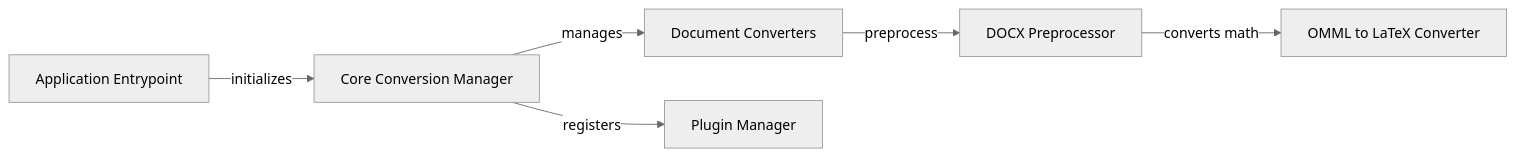
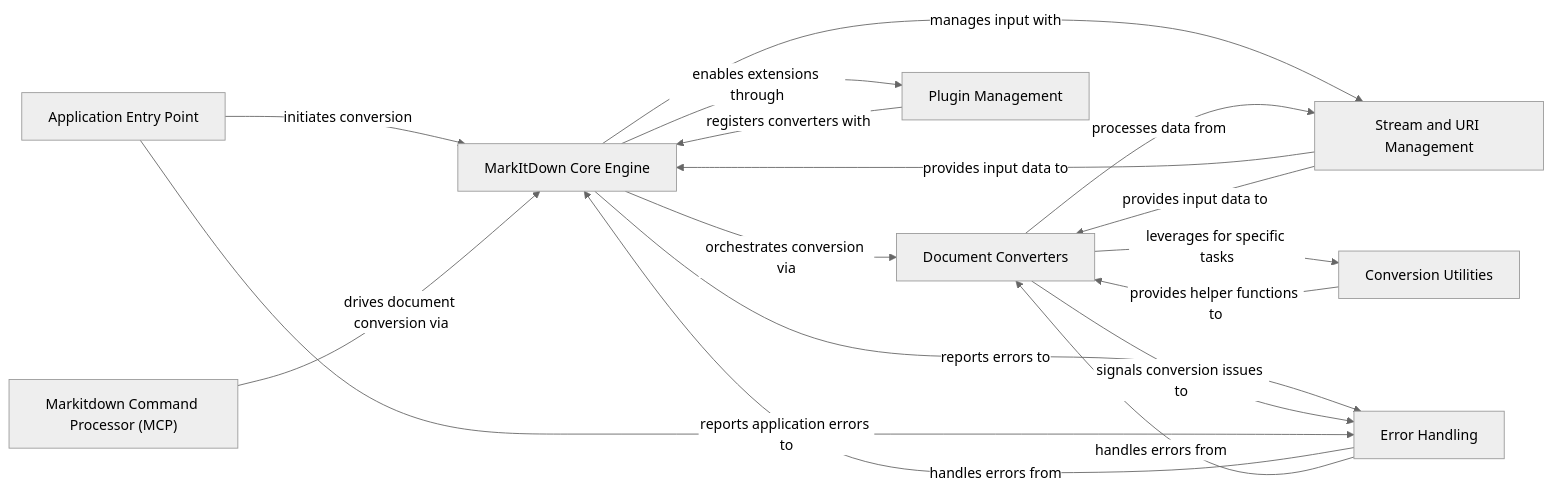
Before and after one commit to CodeBoarding/GeneratedOnBoardings: the diagram in markitdown/on_boarding.md, drawn with Mermaid (neutral theme). The commit also changed other lines of this file and 13 other files, not shown here.

````diff
--- a/markitdown/on_boarding.md
+++ b/markitdown/on_boarding.md
@@ -1,20 +1,35 @@
 ```mermaid
 graph LR
-    Core_Conversion_Manager["Core Conversion Manager"]
+    MarkItDown_Core_Engine["MarkItDown Core Engine"]
     Document_Converters["Document Converters"]
-    DOCX_Preprocessor["DOCX Preprocessor"]
-    OMML_to_LaTeX_Converter["OMML to LaTeX Converter"]
-    Plugin_Manager["Plugin Manager"]
-    Application_Entrypoint["Application Entrypoint"]
-    Core_Conversion_Manager -- "manages" --> Document_Converters
-    Document_Converters -- "preprocess" --> DOCX_Preprocessor
-    DOCX_Preprocessor -- "converts math" --> OMML_to_LaTeX_Converter
-    Core_Conversion_Manager -- "registers" --> Plugin_Manager
-    Application_Entrypoint -- "initializes" --> Core_Conversion_Manager
-    click Core_Conversion_Manager href "https://github.com/CodeBoarding/GeneratedOnBoardings/blob/main/markitdown/Core Conversion Manager.md" "Details"
+    Stream_and_URI_Management["Stream and URI Management"]
+    Conversion_Utilities["Conversion Utilities"]
+    Error_Handling["Error Handling"]
+    Application_Entry_Point["Application Entry Point"]
+    Plugin_Management["Plugin Management"]
+    Markitdown_Command_Processor_MCP_["Markitdown Command Processor (MCP)"]
+    MarkItDown_Core_Engine -- "orchestrates conversion via" --> Document_Converters
+    MarkItDown_Core_Engine -- "manages input with" --> Stream_and_URI_Management
+    MarkItDown_Core_Engine -- "reports errors to" --> Error_Handling
+    MarkItDown_Core_Engine -- "enables extensions through" --> Plugin_Management
+    Document_Converters -- "processes data from" --> Stream_and_URI_Management
+    Document_Converters -- "leverages for specific tasks" --> Conversion_Utilities
+    Document_Converters -- "signals conversion issues to" --> Error_Handling
+    Stream_and_URI_Management -- "provides input data to" --> MarkItDown_Core_Engine
+    Stream_and_URI_Management -- "provides input data to" --> Document_Converters
+    Conversion_Utilities -- "provides helper functions to" --> Document_Converters
+    Error_Handling -- "handles errors from" --> MarkItDown_Core_Engine
+    Error_Handling -- "handles errors from" --> Document_Converters
+    Application_Entry_Point -- "initiates conversion" --> MarkItDown_Core_Engine
+    Application_Entry_Point -- "reports application errors to" --> Error_Handling
+    Plugin_Management -- "registers converters with" --> MarkItDown_Core_Engine
+    Markitdown_Command_Processor_MCP_ -- "drives document conversion via" --> MarkItDown_Core_Engine
+    click MarkItDown_Core_Engine href "https://github.com/CodeBoarding/GeneratedOnBoardings/blob/main/markitdown/MarkItDown Core Engine.md" "Details"
     click Document_Converters href "https://github.com/CodeBoarding/GeneratedOnBoardings/blob/main/markitdown/Document Converters.md" "Details"
-    click DOCX_Preprocessor href "https://github.com/CodeBoarding/GeneratedOnBoardings/blob/main/markitdown/DOCX Preprocessor.md" "Details"
-    click OMML_to_LaTeX_Converter href "https://github.com/CodeBoarding/GeneratedOnBoardings/blob/main/markitdown/OMML to LaTeX Converter.md" "Details"
-    click Plugin_Manager href "https://github.com/CodeBoarding/GeneratedOnBoardings/blob/main/markitdown/Plugin Manager.md" "Details"
-    click Application_Entrypoint href "https://github.com/CodeBoarding/GeneratedOnBoardings/blob/main/markitdown/Application Entrypoint.md" "Details"
+    click Stream_and_URI_Management href "https://github.com/CodeBoarding/GeneratedOnBoardings/blob/main/markitdown/Stream and URI Management.md" "Details"
+    click Conversion_Utilities href "https://github.com/CodeBoarding/GeneratedOnBoardings/blob/main/markitdown/Conversion Utilities.md" "Details"
+    click Error_Handling href "https://github.com/CodeBoarding/GeneratedOnBoardings/blob/main/markitdown/Error Handling.md" "Details"
+    click Application_Entry_Point href "https://github.com/CodeBoarding/GeneratedOnBoardings/blob/main/markitdown/Application Entry Point.md" "Details"
+    click Plugin_Management href "https://github.com/CodeBoarding/GeneratedOnBoardings/blob/main/markitdown/Plugin Management.md" "Details"
+    click Markitdown_Command_Processor_MCP_ href "https://github.com/CodeBoarding/GeneratedOnBoardings/blob/main/markitdown/Markitdown Command Processor (MCP).md" "Details"
 ```
````
